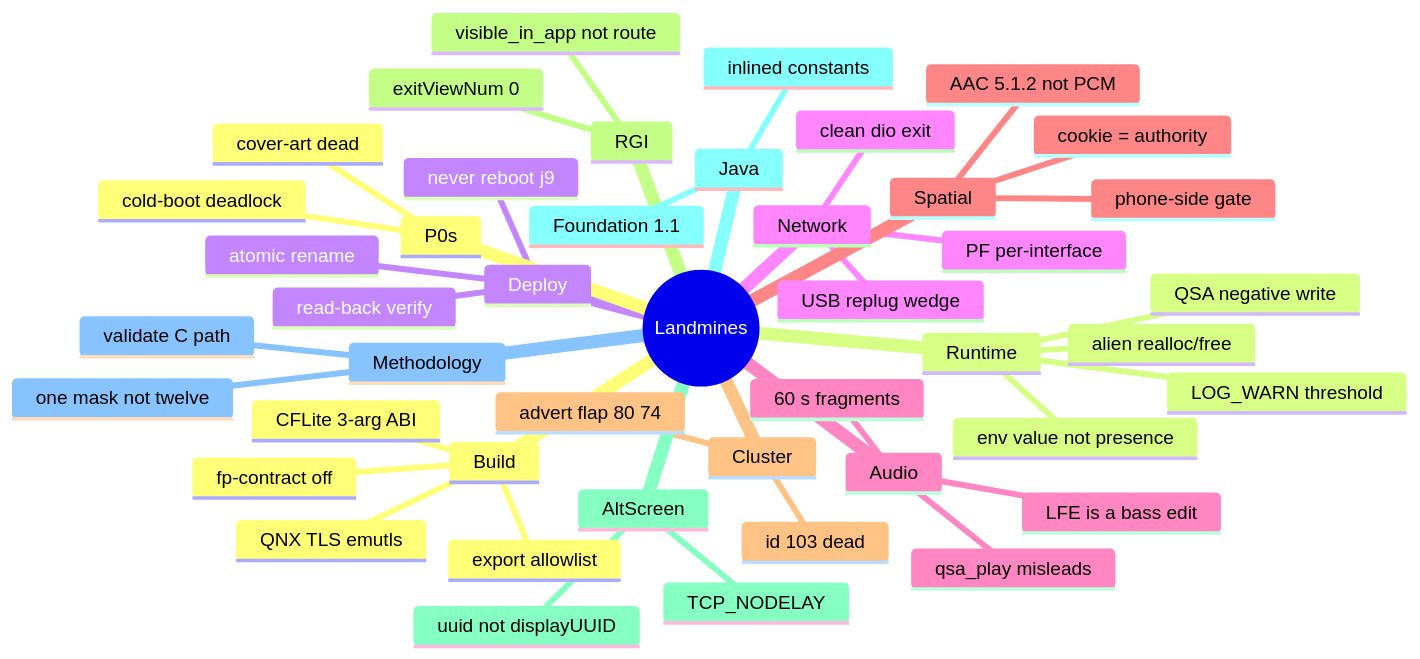
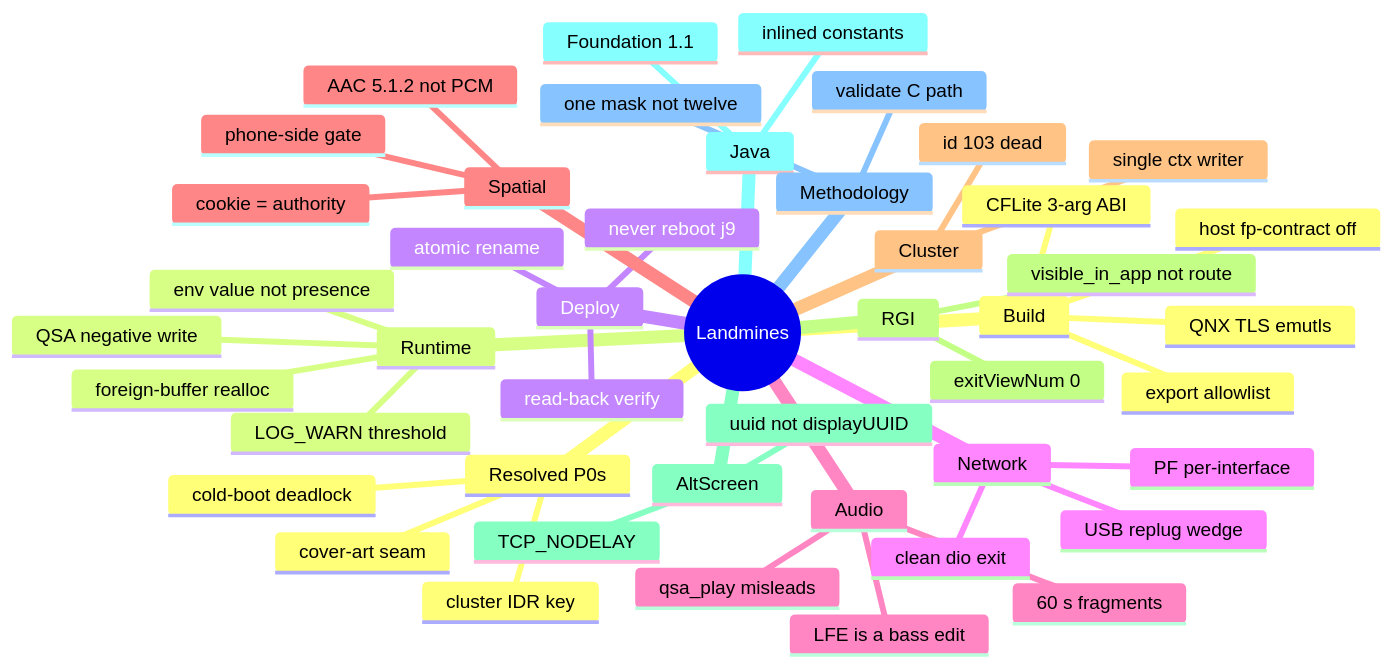
Before and after one commit to luka-dev/mib2q-carplay-rgi: the diagram in docs-obsidian/Landmines.md, drawn with Mermaid. The commit also changed other lines of this file and 43 other files, not shown here.

````diff
--- a/docs-obsidian/Landmines.md
+++ b/docs-obsidian/Landmines.md
@@ -13,48 +13,49 @@
 ```mermaid
 mindmap
   root((Landmines))
     Build
       QNX TLS emutls
-      fp-contract off
+      host fp-contract off
       CFLite 3-arg ABI
       export allowlist
     Runtime
       QSA negative write
-      alien realloc/free
+      foreign-buffer realloc
       env value not presence
       LOG_WARN threshold
     Deploy
       never reboot j9
       read-back verify
       atomic rename
     Network
       PF per-interface
       USB replug wedge
       clean dio exit
     Audio
       60 s fragments
       LFE is a bass edit
       qsa_play misleads
     Spatial
       cookie = authority
       AAC 5.1.2 not PCM
       phone-side gate
     Cluster
       id 103 dead
-      advert flap 80 74
+      single ctx writer
     RGI
       exitViewNum 0
       visible_in_app not route
     AltScreen
       uuid not displayUUID
       TCP_NODELAY
     Java
       Foundation 1.1
       inlined constants
     Methodology
       one mask not twelve
       validate C path
-    P0s
+    Resolved P0s
       cold-boot deadlock
-      cover-art dead
+      cover-art seam
+      cluster IDR key
 ```
````
